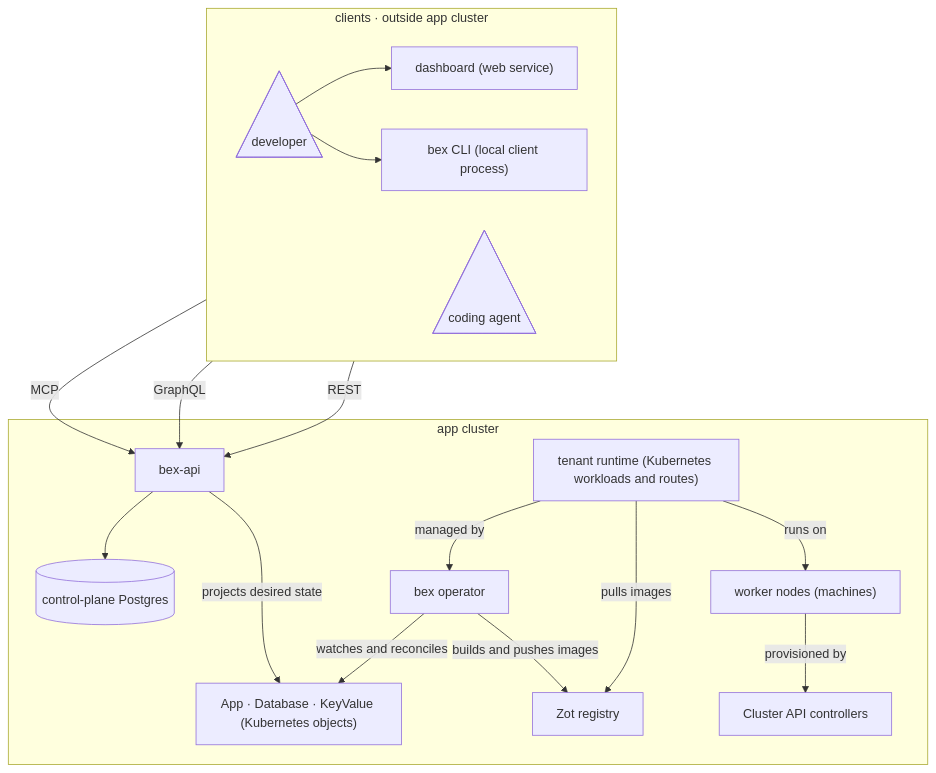
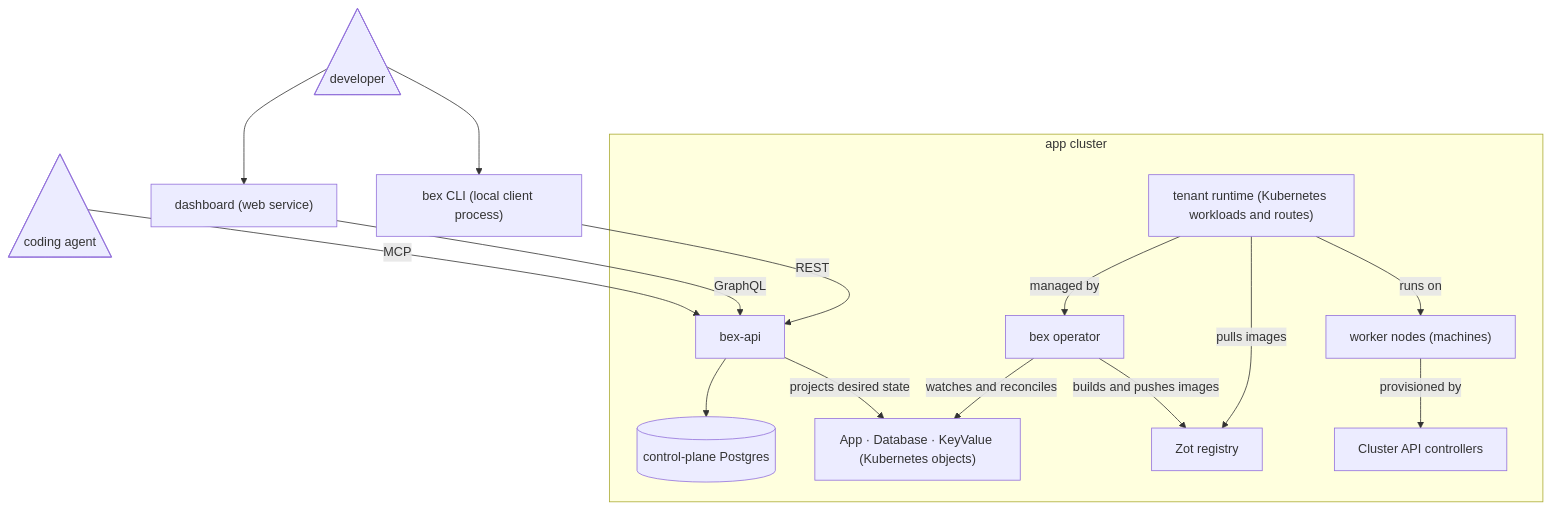
Before and after one commit to cuckoo-network/cuckoo: the diagram in README.md, drawn with Mermaid.

````diff
--- a/README.md
+++ b/README.md
@@ -184,38 +184,32 @@
 ```mermaid
 flowchart TB
-  subgraph clients["clients · outside app cluster"]
-    direction LR
-    developer@{ shape: tri, label: "developer" }
-    dashboard["dashboard (web service)"]
-    cli["bex CLI (local client process)"]
-    agent@{ shape: tri, label: "coding agent" }
-
-    developer --> dashboard
-    developer --> cli
-  end
+  developer@{ shape: tri, label: "developer" }
+  agent@{ shape: tri, label: "coding agent" }
+  dashboard["dashboard (web service)"]
+  cli["bex CLI (local client process)"]
 
   subgraph app_cluster["app cluster"]
     api["bex-api"]
     store[(control-plane Postgres)]
     crds["App · Database · KeyValue (Kubernetes objects)"]
     operator["bex operator"]
     registry["Zot registry"]
     runtime["tenant runtime (Kubernetes workloads and routes)"]
     capi["Cluster API controllers"]
     nodes["worker nodes (machines)"]
   end
 
-  %% Layout-only: GitHub's Dagre renderer otherwise places the subgraphs side by side.
-  agent ~~~ runtime
+  developer --> dashboard
+  developer --> cli
   agent -->|MCP| api
   dashboard -->|GraphQL| api
   cli -->|REST| api
   api --> store
   api -->|projects desired state| crds
   operator -->|watches and reconciles| crds
   operator -->|builds and pushes images| registry
   runtime -->|managed by| operator
   runtime -->|pulls images| registry
   runtime -->|runs on| nodes
   nodes -->|provisioned by| capi
 ```
````
